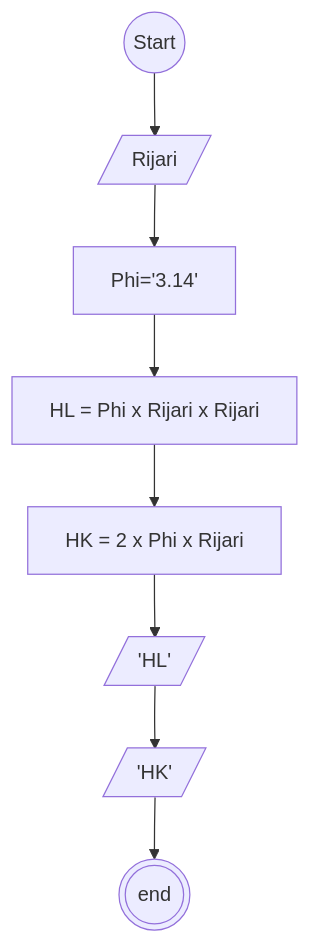
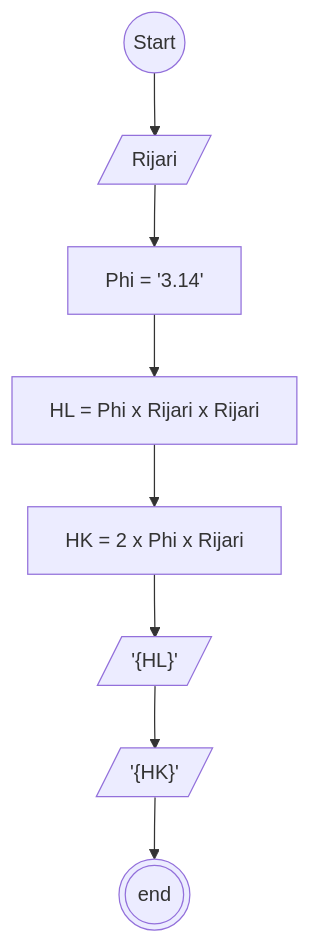
Before and after one commit to fatawaimamalmuftin/koda-b8-Algoritma: the diagram in luasKeliling.md, drawn with Mermaid.

Commit message:
Algoritma type penulisan : Flowchart
Case: membuat algoritma menghitung luas dan keliling lingkaran

````diff
--- a/luasKeliling.md
+++ b/luasKeliling.md
@@ -23,20 +23,20 @@
 ```mermaid
 flowchart TD
 mulai@{shape: circle, label: "Start"}
 Rijari@{ shape: lean-r, label: "Rijari" }
-Phi@{ shape: rect, label: "Phi='3.14'" }
+Phi@{ shape: rect, label: "Phi = '3.14'" }
 Luas@{shape: rect, label: "HL = Phi x Rijari x Rijari"}
 Keliling@{shape: rect, label: "HK = 2 x Phi x Rijari"}
-HL@{ shape: lean-r, label: "'HL'" }
-HK@{ shape: lean-r, label: "'HK'" }
+HL@{ shape: lean-r, label: "'{HL}'" }
+HK@{ shape: lean-r, label: "'{HK}'" }
 selesai@{shape: doublecircle, label: "end"}
 
 mulai-->Rijari
 Rijari-->Phi
 Phi-->Luas
 Luas-->Keliling
 Keliling-->HL
 HL-->HK
 HK-->selesai
 
 ```
````
